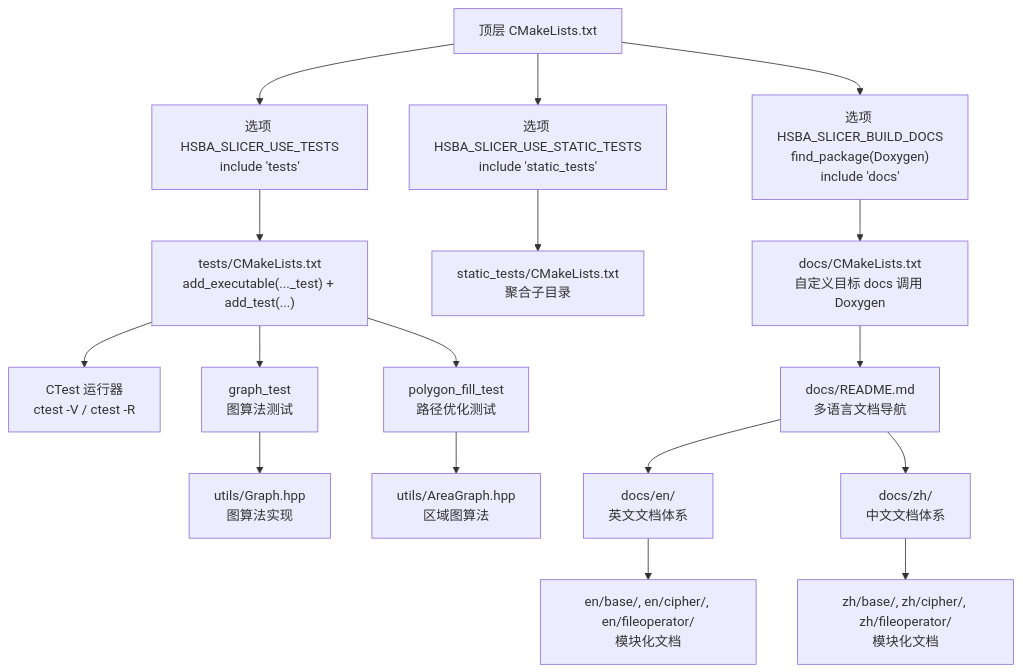
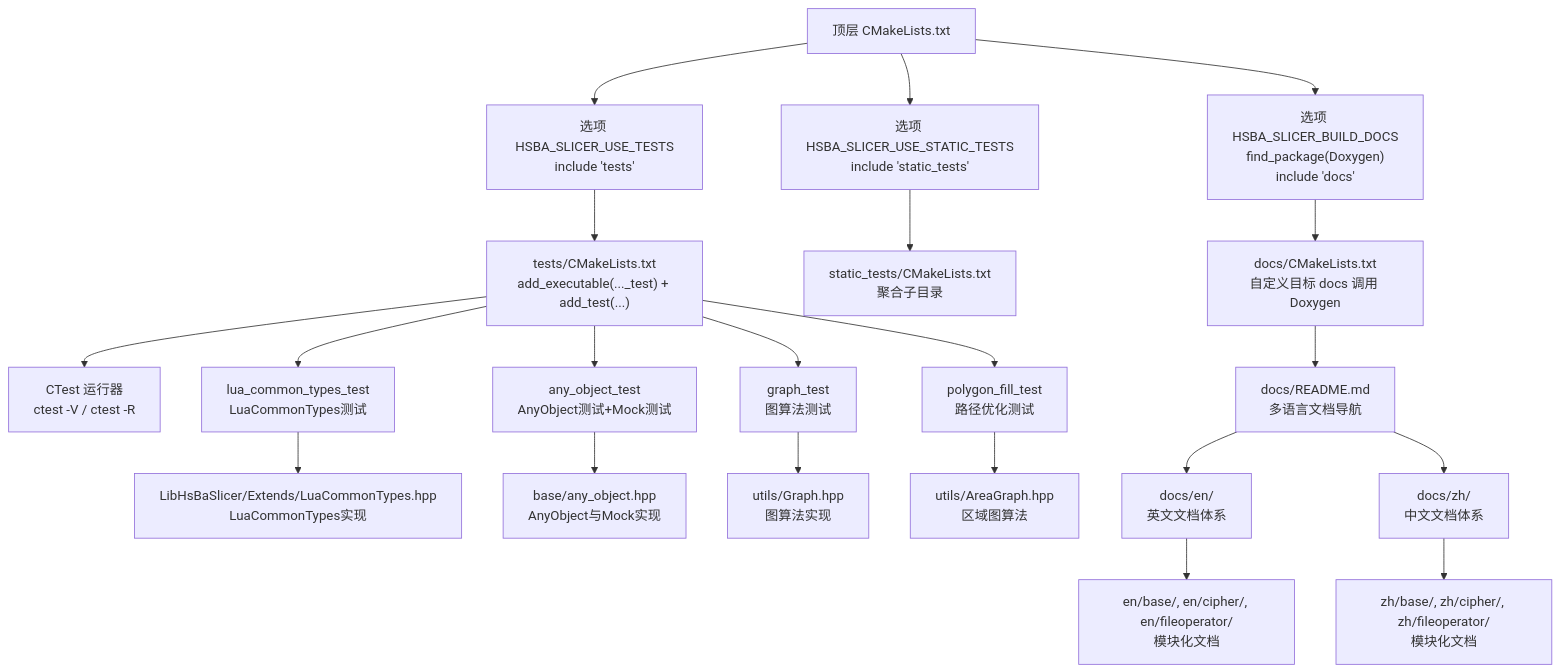
One commit to hsmbanlance/HsBaSlicer changed the second of 12 diagrams in .qoder/repowiki/zh/content/测试与调试/测试与文档基础设施.md. Above: the diagram before and after it, drawn with Mermaid. The commit also changed other lines of this file and 14 other files, not shown here.

````diff
--- a/.qoder/repowiki/zh/content/测试与调试/测试与文档基础设施.md
+++ b/.qoder/repowiki/zh/content/测试与调试/测试与文档基础设施.md
@@ -134,19 +144,23 @@
 ```mermaid
 graph TB
 A["顶层 CMakeLists.txt"] --> B["选项 HSBA_SLICER_USE_TESTS<br/>include 'tests'"]
 A --> C["选项 HSBA_SLICER_USE_STATIC_TESTS<br/>include 'static_tests'"]
 A --> D["选项 HSBA_SLICER_BUILD_DOCS<br/>find_package(Doxygen)<br/>include 'docs'"]
 B --> E["tests/CMakeLists.txt<br/>add_executable(..._test) + add_test(...)"]
 E --> F["CTest 运行器<br/>ctest -V / ctest -R <name>"]
 C --> G["static_tests/CMakeLists.txt<br/>聚合子目录"]
 D --> H["docs/CMakeLists.txt<br/>自定义目标 docs 调用 Doxygen"]
 H --> I["docs/README.md<br/>多语言文档导航"]
 I --> J["docs/en/<br/>英文文档体系"]
 I --> K["docs/zh/<br/>中文文档体系"]
 J --> L["en/base/, en/cipher/, en/fileoperator/<br/>模块化文档"]
 K --> M["zh/base/, zh/cipher/, zh/fileoperator/<br/>模块化文档"]
-E --> N["graph_test<br/>图算法测试"]
-E --> O["polygon_fill_test<br/>路径优化测试"]
-N --> P["utils/Graph.hpp<br/>图算法实现"]
-O --> Q["utils/AreaGraph.hpp<br/>区域图算法"]
+E --> N["lua_common_types_test<br/>LuaCommonTypes测试"]
+E --> O["any_object_test<br/>AnyObject测试+Mock测试"]
+E --> P["graph_test<br/>图算法测试"]
+E --> Q["polygon_fill_test<br/>路径优化测试"]
+N --> R["LibHsBaSlicer/Extends/LuaCommonTypes.hpp<br/>LuaCommonTypes实现"]
+O --> S["base/any_object.hpp<br/>AnyObject与Mock实现"]
+P --> T["utils/Graph.hpp<br/>图算法实现"]
+Q --> U["utils/AreaGraph.hpp<br/>区域图算法"]
 ```
````
